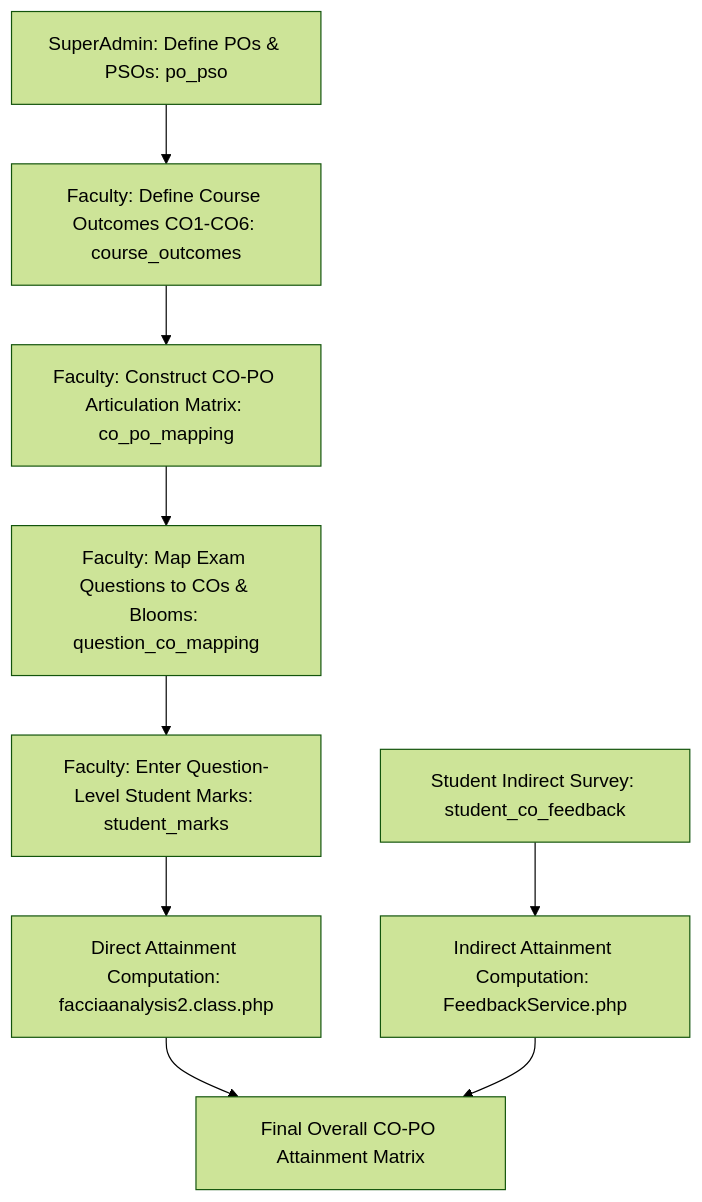
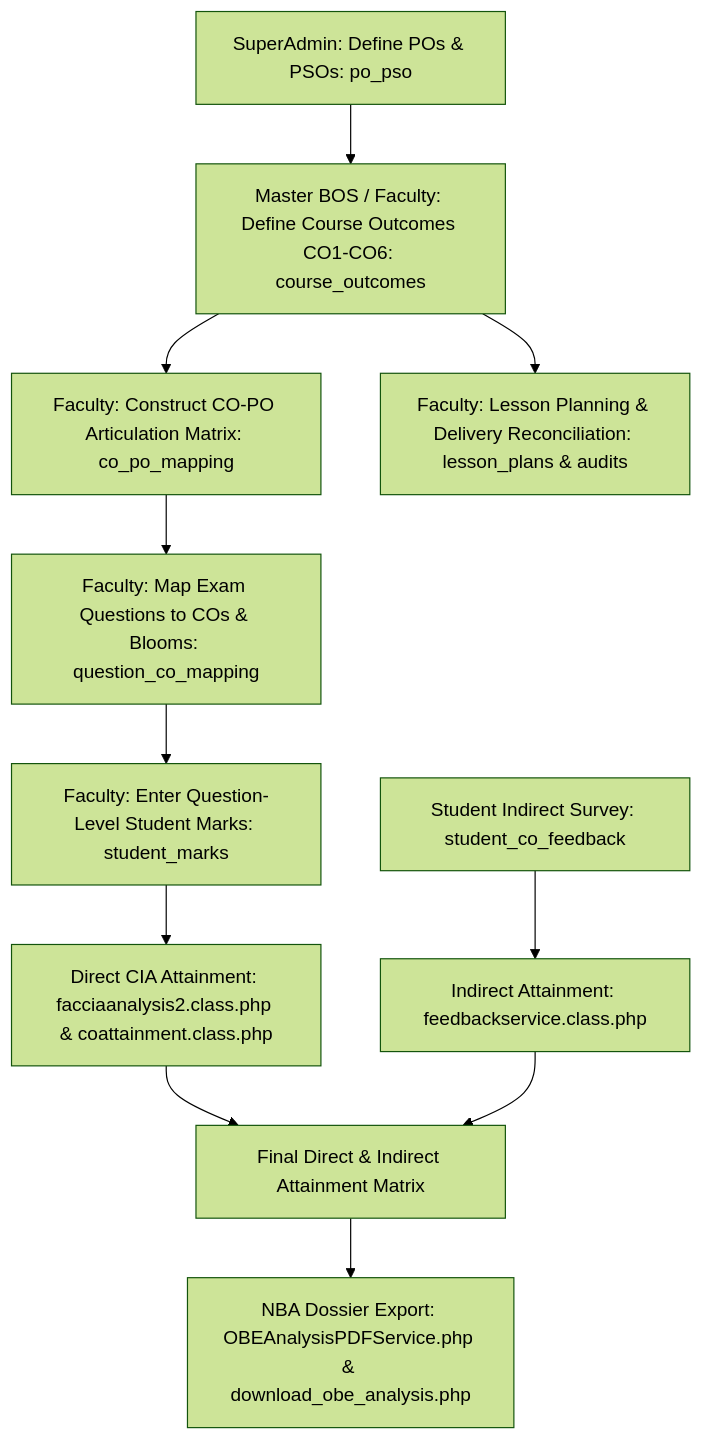
Before and after one commit to katamanilprojects/sarb_cea: the diagram in docs/workflows/co-po-attainment.md, drawn with Mermaid (forest theme). The commit also changed other lines of this file and 17 other files, not shown here.

````diff
--- a/docs/workflows/co-po-attainment.md
+++ b/docs/workflows/co-po-attainment.md
@@ -9,10 +9,12 @@
 ```mermaid
 graph TD
-    A[SuperAdmin: Define POs & PSOs: po_pso] --> B[Faculty: Define Course Outcomes CO1-CO6: course_outcomes]
+    A[SuperAdmin: Define POs & PSOs: po_pso] --> B[Master BOS / Faculty: Define Course Outcomes CO1-CO6: course_outcomes]
     B --> C[Faculty: Construct CO-PO Articulation Matrix: co_po_mapping]
+    B --> LP[Faculty: Lesson Planning & Delivery Reconciliation: lesson_plans & audits]
     C --> D[Faculty: Map Exam Questions to COs & Blooms: question_co_mapping]
     D --> E[Faculty: Enter Question-Level Student Marks: student_marks]
-    E --> F[Direct Attainment Computation: facciaanalysis2.class.php]
-    G[Student Indirect Survey: student_co_feedback] --> H[Indirect Attainment Computation: FeedbackService.php]
-    F & H --> I[Final Overall CO-PO Attainment Matrix]
+    E --> F[Direct CIA Attainment: facciaanalysis2.class.php & coattainment.class.php]
+    G[Student Indirect Survey: student_co_feedback] --> H[Indirect Attainment: feedbackservice.class.php]
+    F & H --> I[Final Direct & Indirect Attainment Matrix]
+    I --> J[NBA Dossier Export: OBEAnalysisPDFService.php & download_obe_analysis.php]
 ```
````
